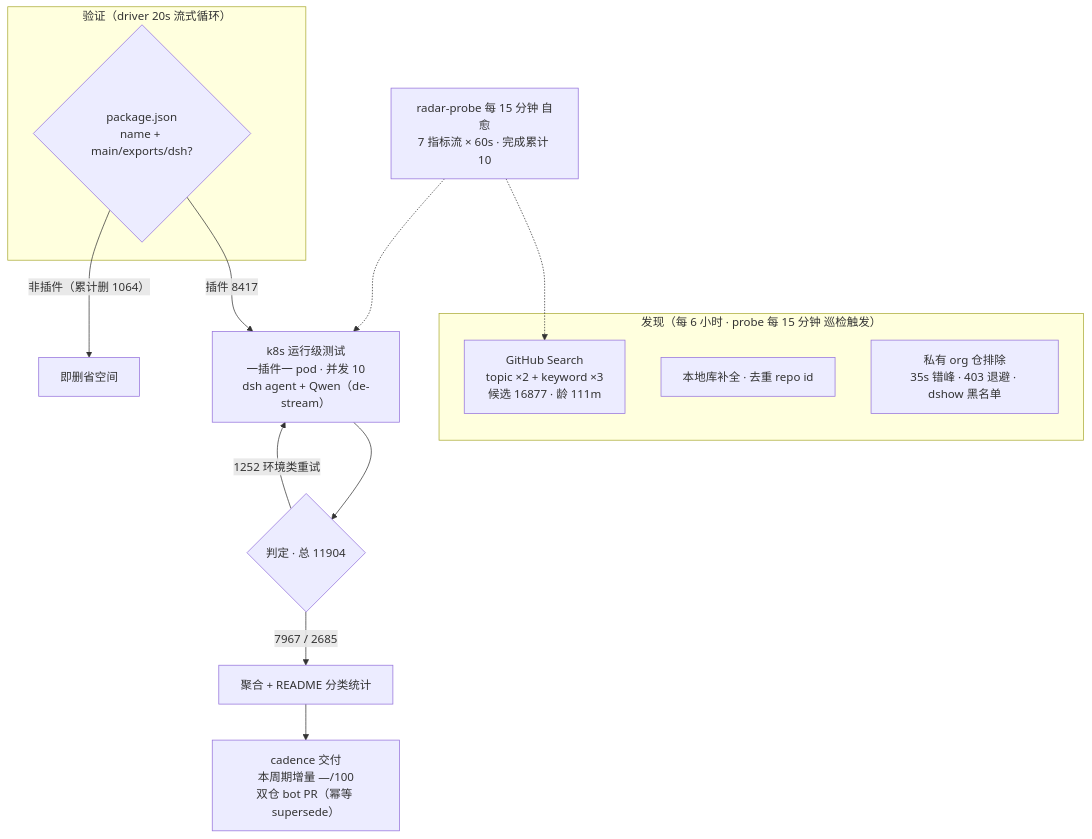
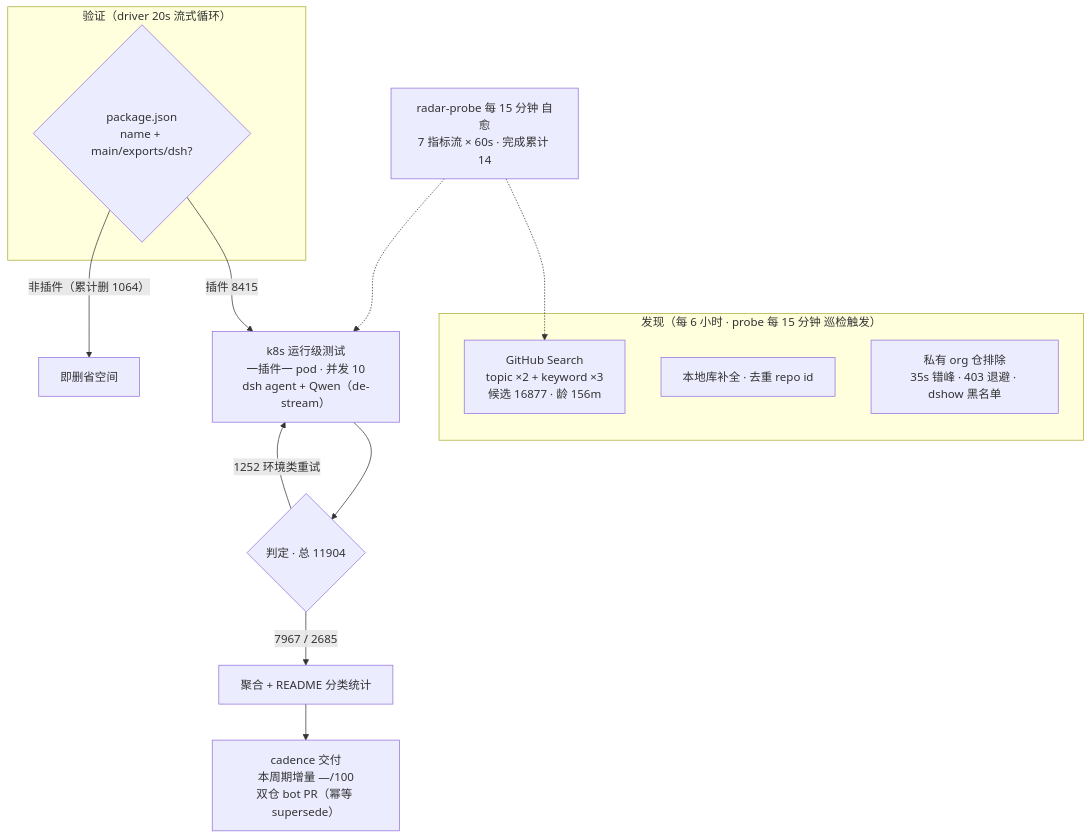
One commit to Zhidao-Lab-OSS/awesome-dsh-plugins changed the diagram in README.md. Above: the diagram before and after it, drawn with Mermaid. The commit also changed other lines of this file and 1 other file, not shown here.

````diff
--- a/README.md
+++ b/README.md
@@ -52,20 +52,20 @@
 ```mermaid
 flowchart TB
     subgraph Discovery["发现（每 6 小时 · probe 每 15 分钟 巡检触发）"]
-        A1["GitHub Search<br/>topic ×2 + keyword ×3<br/>候选 16877 · 龄 111m"]
+        A1["GitHub Search<br/>topic ×2 + keyword ×3<br/>候选 16877 · 龄 156m"]
         A2["本地库补全 · 去重 repo id"]
         A3["私有 org 仓排除<br/>35s 错峰 · 403 退避 · dshow 黑名单"]
     end
     subgraph Validation["验证（driver 20s 流式循环）"]
         B1{"package.json<br/>name + main/exports/dsh?"}
     end
-    B1 -->|"插件 8417"| C1["k8s 运行级测试<br/>一插件一 pod · 并发 10<br/>dsh agent + Qwen（de-stream）"]
+    B1 -->|"插件 8415"| C1["k8s 运行级测试<br/>一插件一 pod · 并发 10<br/>dsh agent + Qwen（de-stream）"]
     B1 -->|"非插件（累计删 1064）"| B3["即删省空间"]
     C1 --> D1{"判定 · 总 11904"}
     D1 -->|"7967 / 2685"| E1["聚合 + README 分类统计"]
     D1 -->|"1252 环境类重试"| C1
     E1 --> E2["cadence 交付<br/>本周期增量 —/100<br/>双仓 bot PR（幂等 supersede）"]
-    M["radar-probe 每 15 分钟 自愈<br/>7 指标流 × 60s · 完成累计 10"]
+    M["radar-probe 每 15 分钟 自愈<br/>7 指标流 × 60s · 完成累计 14"]
     M -.-> A1
     M -.-> C1
 ```
````
